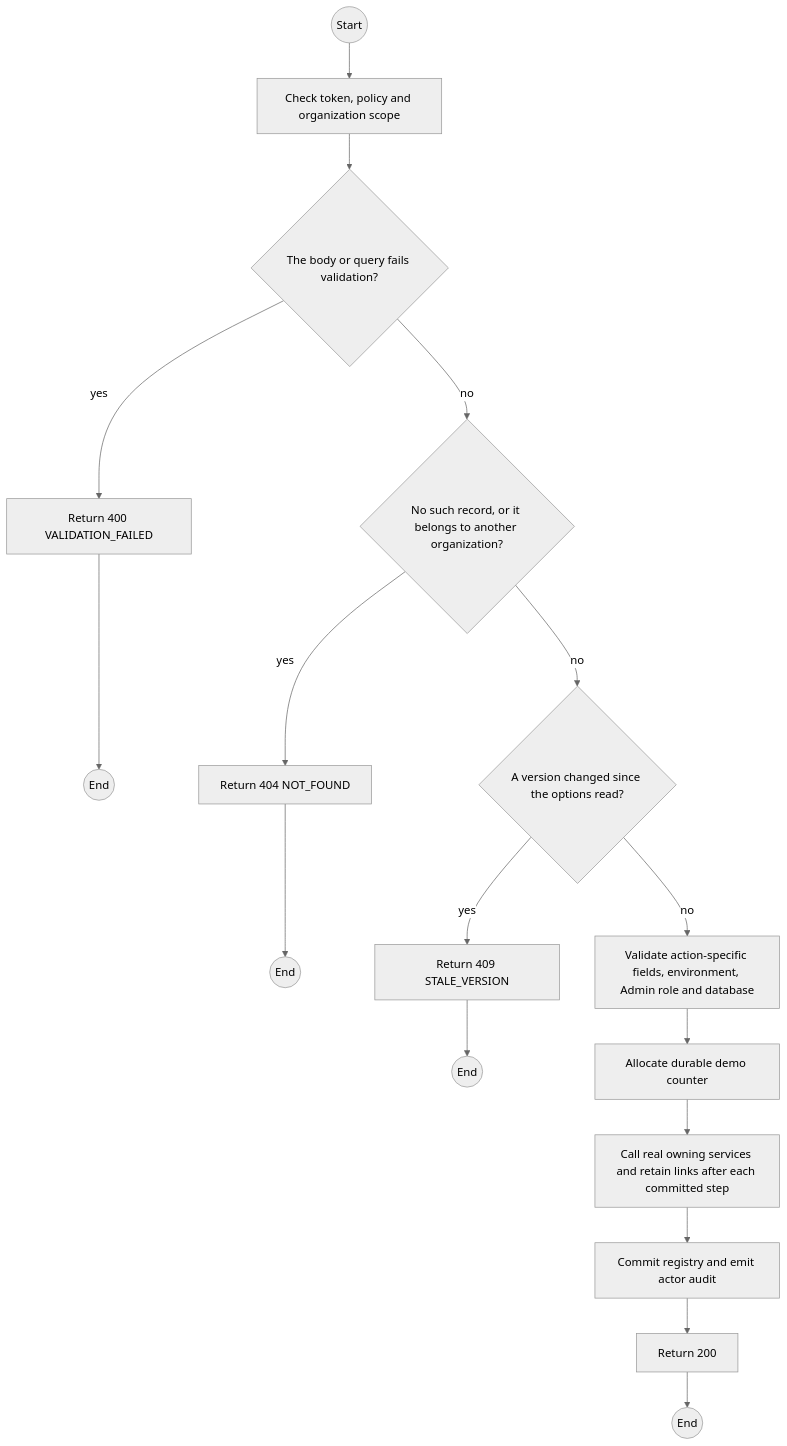
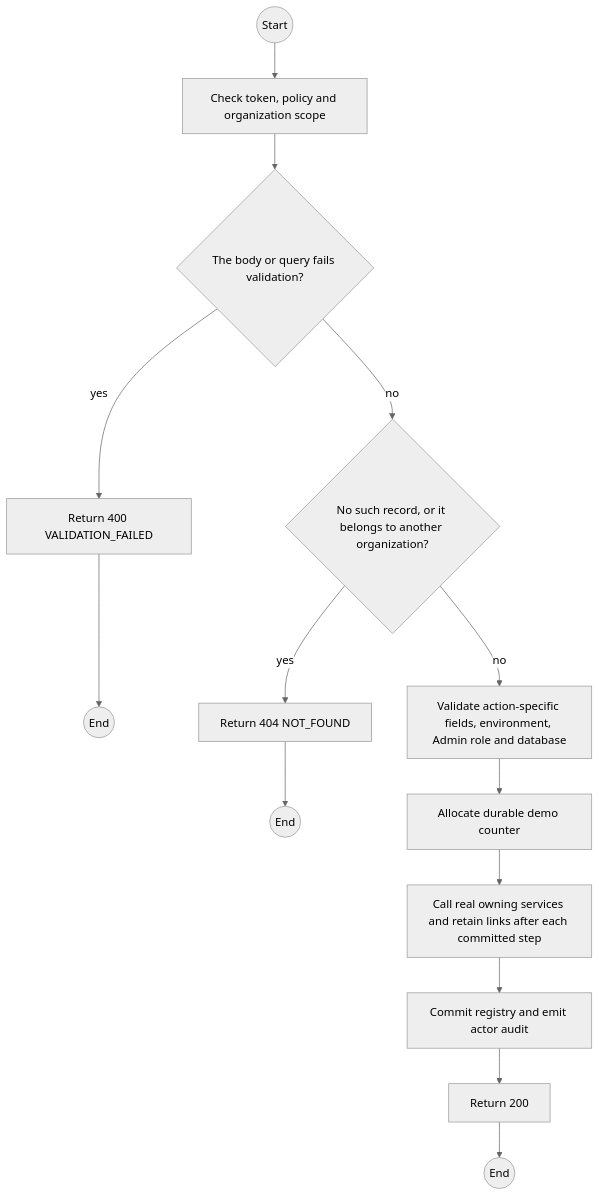
The first of 2 diagrams in specs/demo/api-design/12-post-demo-quick-action.md (TrekLink-Team/treklink-web), drawn with Mermaid (neutral theme) before and after one commit. The commit also changed other lines of this file and 46 other files, not shown here.

````diff
--- a/specs/demo/api-design/12-post-demo-quick-action.md
+++ b/specs/demo/api-design/12-post-demo-quick-action.md
@@ -195,32 +184,27 @@
 ```mermaid
 flowchart TB
     S((Start))
     A0["Check token, policy and organization scope"]
     S --> A0
     D1{"The body or query fails validation?"}
     A0 --> D1
     E1["Return 400 VALIDATION_FAILED"]
     D1 -->|yes| E1
     E1 --> X1((End))
     D2{"No such record, or it belongs to another organization?"}
     D1 -->|no| D2
     E2["Return 404 NOT_FOUND"]
     D2 -->|yes| E2
     E2 --> X2((End))
-    D3{"A version changed since the options read?"}
-    D2 -->|no| D3
-    E3["Return 409 STALE_VERSION"]
-    D3 -->|yes| E3
-    E3 --> X3((End))
     P0["Validate action-specific fields, environment, Admin role and database"]
-    D3 -->|no| P0
+    D2 -->|no| P0
     P1["Allocate durable demo counter"]
     P0 --> P1
     P2["Call real owning services and retain links after each committed step"]
     P1 --> P2
     P3["Commit registry and emit actor audit"]
     P2 --> P3
     OK["Return 200"]
     P3 --> OK
     OK --> Z((End))
 ```
````
